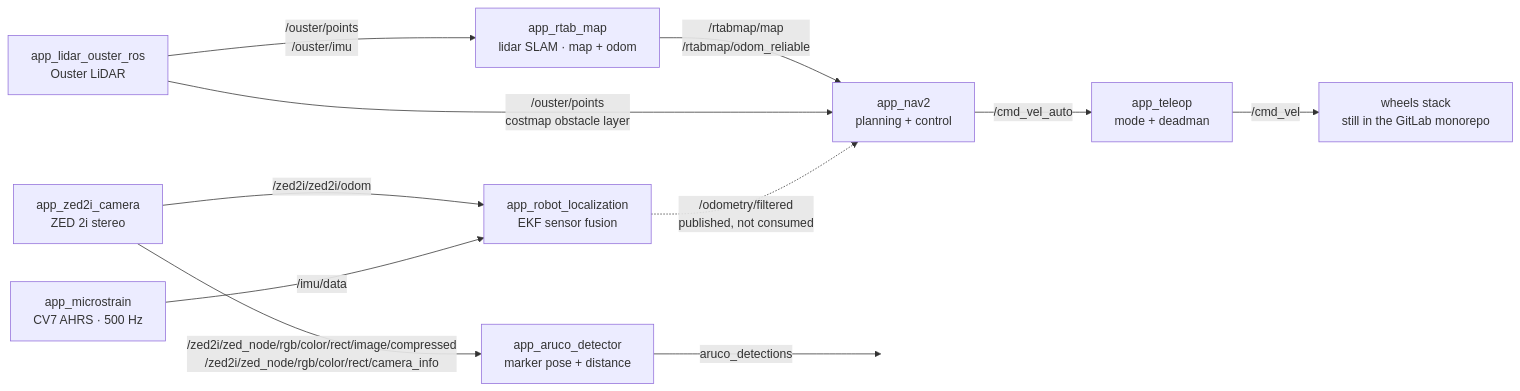
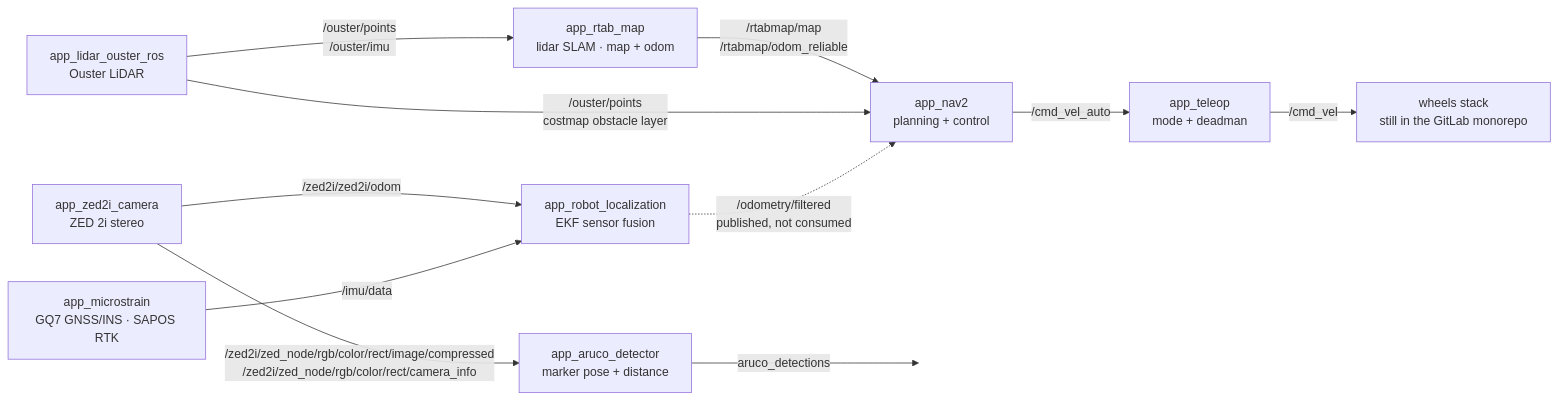
One commit to PaulMDavid/navigation_ws changed the first of 3 diagrams in ARCHITECTURE.md. Above: the diagram before and after it, drawn with Mermaid. The commit also changed other lines of this file and 10 other files, not shown here.

First line of the commit message:
feat(app_microstrain): GQ7 GNSS/INS with SAPOS RTK over NTRIP

````diff
--- a/ARCHITECTURE.md
+++ b/ARCHITECTURE.md
@@ -13,25 +13,25 @@
 ```mermaid
 flowchart LR
   zed["app_zed2i_camera<br/>ZED 2i stereo"]
   ouster["app_lidar_ouster_ros<br/>Ouster LiDAR"]
-  micro["app_microstrain<br/>CV7 AHRS · 500 Hz"]
+  micro["app_microstrain<br/>GQ7 GNSS/INS · SAPOS RTK"]
   rtab["app_rtab_map<br/>lidar SLAM · map + odom"]
   ekf["app_robot_localization<br/>EKF sensor fusion"]
   nav2["app_nav2<br/>planning + control"]
   aruco["app_aruco_detector<br/>marker pose + distance"]
   wheels["wheels stack<br/>still in the GitLab monorepo"]
 
   zed -->|"/zed2i/zed_node/rgb/color/rect/image/compressed<br/>/zed2i/zed_node/rgb/color/rect/camera_info"| aruco
   zed -->|"/zed2i/zed2i/odom"| ekf
   ouster -->|"/ouster/points<br/>/ouster/imu"| rtab
   micro -->|"/imu/data"| ekf
   rtab -->|"/rtabmap/map<br/>/rtabmap/odom_reliable"| nav2
   ouster -->|"/ouster/points<br/>costmap obstacle layer"| nav2
   ekf -.->|"/odometry/filtered<br/>published, not consumed"| nav2
   aruco -->|"aruco_detections"| out[" "]
   teleop["app_teleop<br/>mode + deadman"]
   nav2 -->|"/cmd_vel_auto"| teleop
   teleop -->|"/cmd_vel"| wheels
 
   style out fill:none,stroke:none
 ```
````
